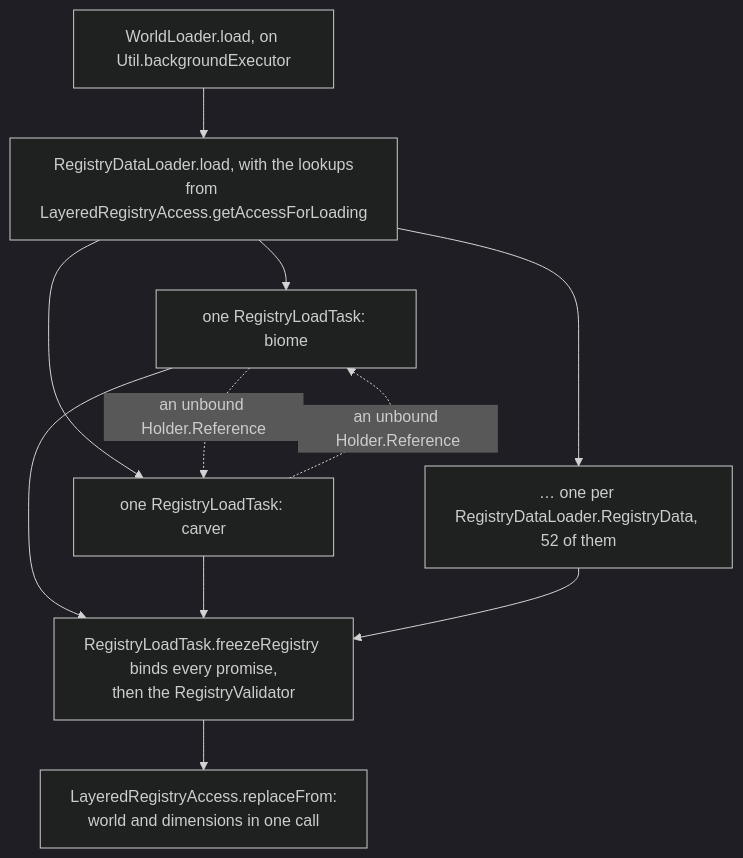
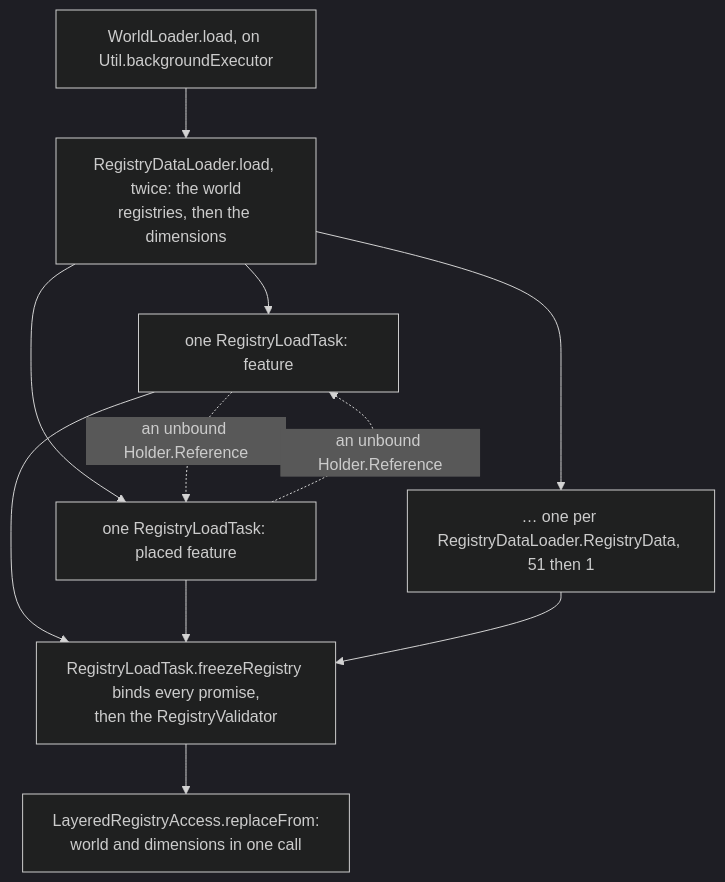
The second of 3 diagrams in src/systems/foundations/identifiers-and-registries.md (AlexanderjFraser/MinecraftDocs), drawn with Mermaid (dark theme) before and after one commit. The commit also changed other lines of this file and 31 other files, not shown here.

````diff
--- a/src/systems/foundations/identifiers-and-registries.md
+++ b/src/systems/foundations/identifiers-and-registries.md
@@ -238,20 +243,20 @@
 ```mermaid
 flowchart TD
     WL["WorldLoader.load, on Util.backgroundExecutor"]:::worker
-    RDL["RegistryDataLoader.load, with the lookups<br/>from LayeredRegistryAccess.getAccessForLoading"]:::worker
-    T1["one RegistryLoadTask: biome"]:::worker
-    T2["one RegistryLoadTask: carver"]:::worker
-    T3["… one per RegistryDataLoader.RegistryData, 52 of them"]:::worker
+    RDL["RegistryDataLoader.load, twice: the world<br/>registries, then the dimensions"]:::worker
+    T1["one RegistryLoadTask: feature"]:::worker
+    T2["one RegistryLoadTask: placed feature"]:::worker
+    T3["… one per RegistryDataLoader.RegistryData, 51 then 1"]:::worker
     F["RegistryLoadTask.freezeRegistry binds every promise,<br/>then the RegistryValidator"]:::worker
     LRA["LayeredRegistryAccess.replaceFrom:<br/>world and dimensions in one call"]:::worker
     WL --> RDL
     RDL --> T1
     RDL --> T2
     RDL --> T3
     T1 -. "an unbound Holder.Reference" .-> T2
     T2 -. "an unbound Holder.Reference" .-> T1
     T1 --> F
     T2 --> F
     T3 --> F
     F --> LRA
 ```
````
